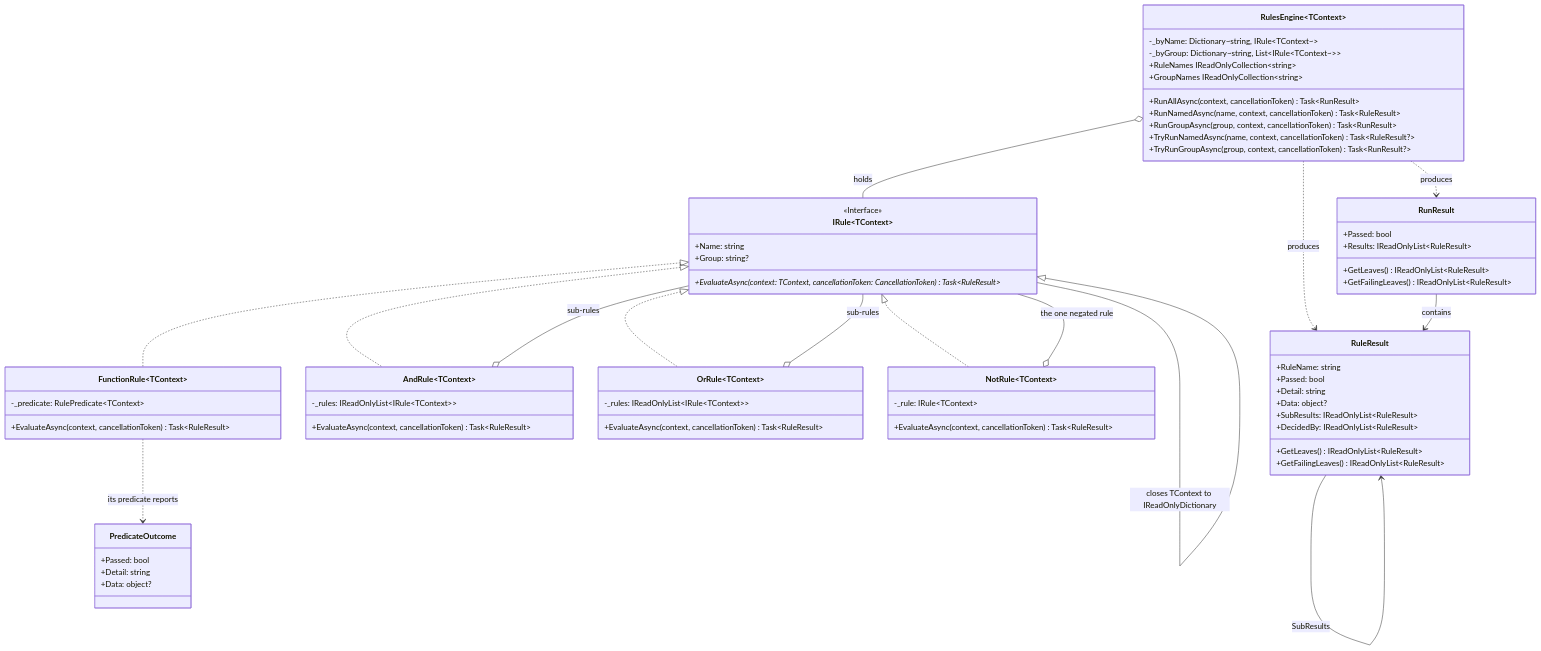
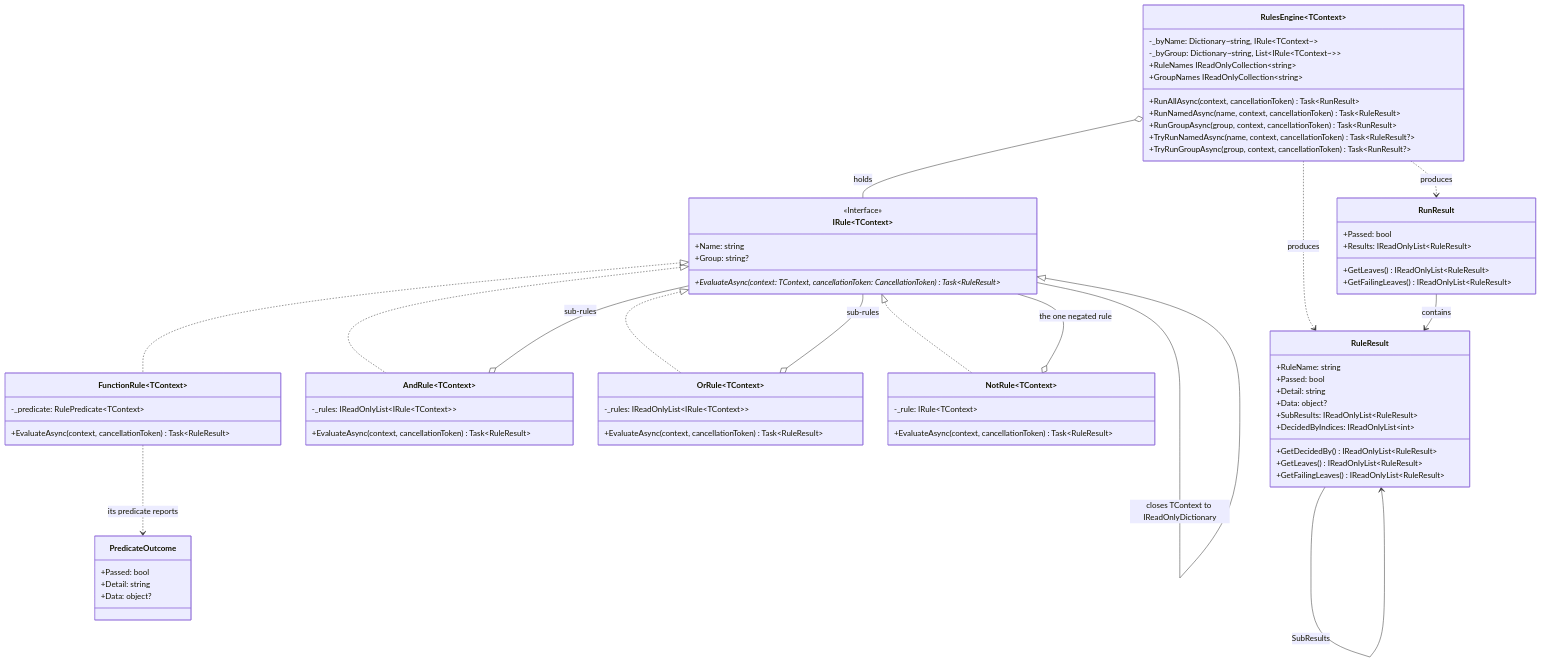
The diagram in docs/architecture/csharp.md (pawan-vyas/verdict-rules), drawn with Mermaid before and after one commit. The commit also changed other lines of this file and 6 other files, not shown here.

````diff
--- a/docs/architecture/csharp.md
+++ b/docs/architecture/csharp.md
@@ -40,75 +40,76 @@
 ```mermaid
 classDiagram
     class `IRule~TContext~` {
         <<Interface>>
         +Name: string
         +Group: string?
         +EvaluateAsync(context: TContext, cancellationToken: CancellationToken)* Task~RuleResult~
     }
     class IRule {
         <<Interface>>
     }
     class PredicateOutcome {
         +Passed: bool
         +Detail: string
         +Data: object?
     }
     class `FunctionRule~TContext~` {
         -_predicate: RulePredicate~TContext~
         +EvaluateAsync(context, cancellationToken) Task~RuleResult~
     }
     class `AndRule~TContext~` {
         -_rules: IReadOnlyList~IRule~TContext~~
         +EvaluateAsync(context, cancellationToken) Task~RuleResult~
     }
     class `OrRule~TContext~` {
         -_rules: IReadOnlyList~IRule~TContext~~
         +EvaluateAsync(context, cancellationToken) Task~RuleResult~
     }
     class `NotRule~TContext~` {
         -_rule: IRule~TContext~
         +EvaluateAsync(context, cancellationToken) Task~RuleResult~
     }
     class `RulesEngine~TContext~` {
         -_byName: Dictionary~string, IRule~TContext~~
         -_byGroup: Dictionary~string, List~IRule~TContext~~~
         +RunAllAsync(context, cancellationToken) Task~RunResult~
         +RunNamedAsync(name, context, cancellationToken) Task~RuleResult~
         +RunGroupAsync(group, context, cancellationToken) Task~RunResult~
         +TryRunNamedAsync(name, context, cancellationToken) Task~RuleResult?~
         +TryRunGroupAsync(group, context, cancellationToken) Task~RunResult?~
         +RuleNames IReadOnlyCollection~string~
         +GroupNames IReadOnlyCollection~string~
     }
     class RuleResult {
         +RuleName: string
         +Passed: bool
         +Detail: string
         +Data: object?
         +SubResults: IReadOnlyList~RuleResult~
-        +DecidedBy: IReadOnlyList~RuleResult~
+        +DecidedByIndices: IReadOnlyList~int~
+        +GetDecidedBy() IReadOnlyList~RuleResult~
         +GetLeaves() IReadOnlyList~RuleResult~
         +GetFailingLeaves() IReadOnlyList~RuleResult~
     }
     class RunResult {
         +Passed: bool
         +Results: IReadOnlyList~RuleResult~
         +GetLeaves() IReadOnlyList~RuleResult~
         +GetFailingLeaves() IReadOnlyList~RuleResult~
     }
 
     IRule --|> `IRule~TContext~` : closes TContext to IReadOnlyDictionary
     `IRule~TContext~` <|.. `FunctionRule~TContext~`
     `IRule~TContext~` <|.. `AndRule~TContext~`
     `IRule~TContext~` <|.. `OrRule~TContext~`
     `IRule~TContext~` <|.. `NotRule~TContext~`
     `FunctionRule~TContext~` ..> PredicateOutcome : its predicate reports
     `AndRule~TContext~` o-- `IRule~TContext~` : sub-rules
     `OrRule~TContext~` o-- `IRule~TContext~` : sub-rules
     `NotRule~TContext~` o-- `IRule~TContext~` : the one negated rule
     `RulesEngine~TContext~` o-- `IRule~TContext~` : holds
     `RulesEngine~TContext~` ..> RuleResult : produces
     `RulesEngine~TContext~` ..> RunResult : produces
     RunResult --> RuleResult : contains
     RuleResult --> RuleResult : SubResults
 ```
````
